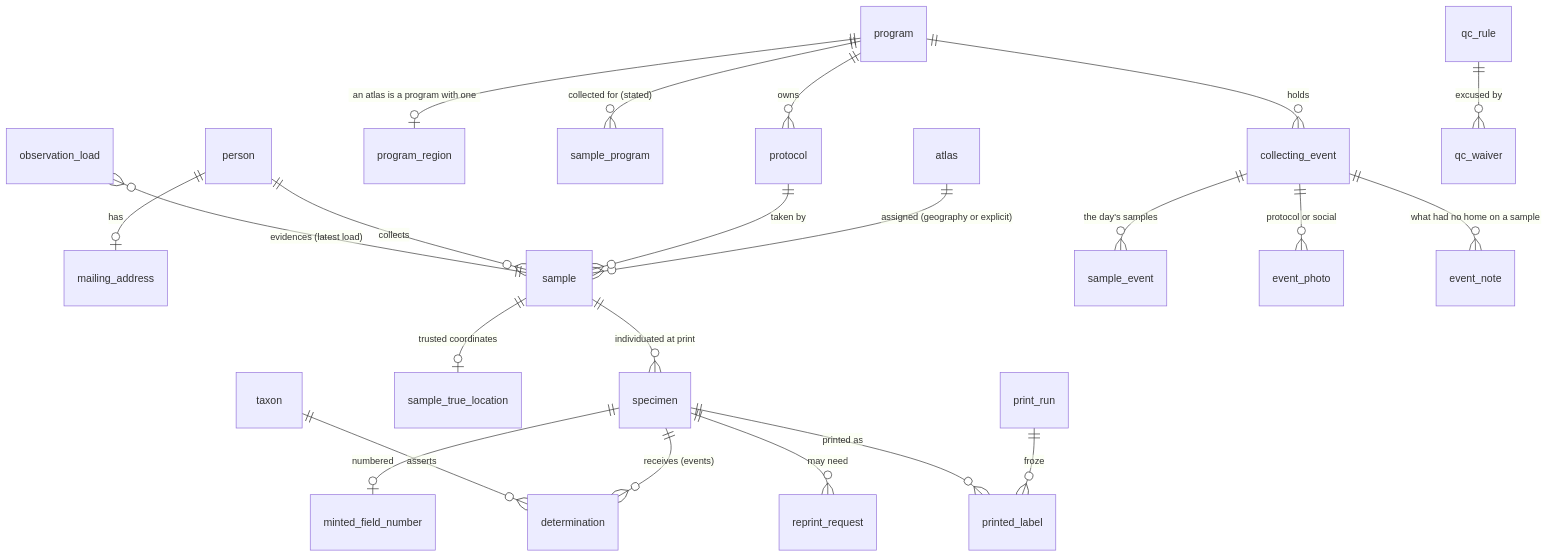
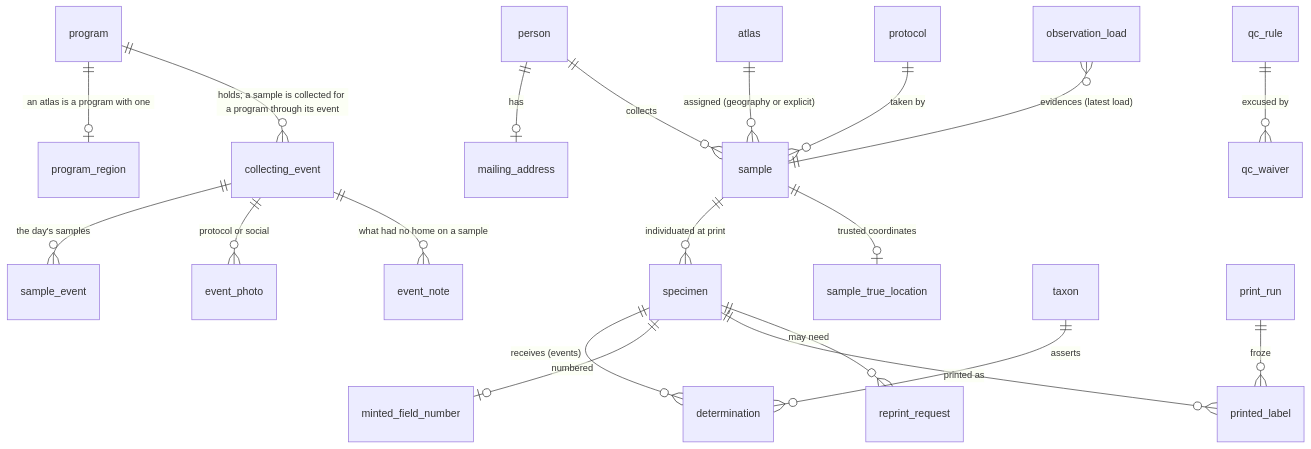
The diagram in docs/schema-sketch.md (rainhead/beeline), drawn with Mermaid before and after one commit. The commit also changed other lines of this file and 2 other files, not shown here.

First line of the commit message:
Protocols are shared, a sample's program comes through its event, and an address gates printing

````diff
--- a/docs/schema-sketch.md
+++ b/docs/schema-sketch.md
@@ -15,24 +15,22 @@
 ```mermaid
 erDiagram
     person ||--o| mailing_address : "has"
     atlas ||--o{ sample : "assigned (geography or explicit)"
     program ||--o| program_region : "an atlas is a program with one"
-    program ||--o{ sample_program : "collected for (stated)"
-    program ||--o{ protocol : "owns"
-    program ||--o{ collecting_event : "holds"
+    program ||--o{ collecting_event : "holds; a sample is collected for a program through its event"
     protocol ||--o{ sample : "taken by"
     collecting_event ||--o{ sample_event : "the day's samples"
     collecting_event ||--o{ event_photo : "protocol or social"
     collecting_event ||--o{ event_note : "what had no home on a sample"
     person ||--o{ sample : "collects"
     sample ||--o{ specimen : "individuated at print"
     sample ||--o| sample_true_location : "trusted coordinates"
     observation_load }o--|| sample : "evidences (latest load)"
     specimen ||--o{ determination : "receives (events)"
     taxon ||--o{ determination : "asserts"
     specimen ||--o| minted_field_number : "numbered"
     print_run ||--o{ printed_label : "froze"
     specimen ||--o{ printed_label : "printed as"
     specimen ||--o{ reprint_request : "may need"
     qc_rule ||--o{ qc_waiver : "excused by"
 ```
````
